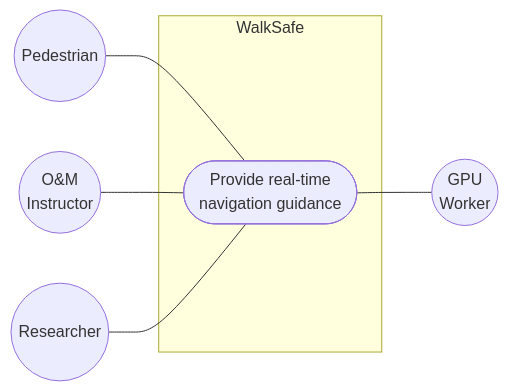
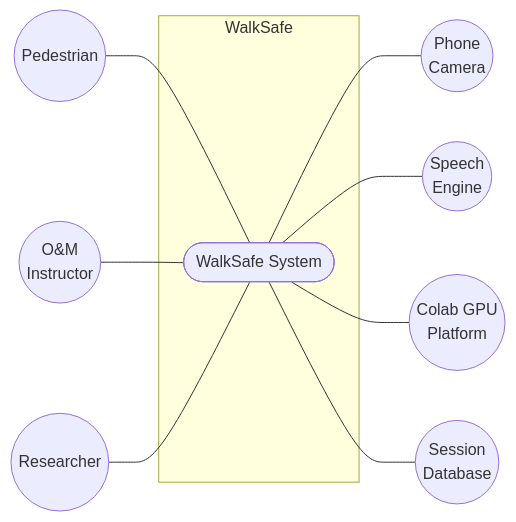
Before and after one commit to shahalam22/WalkSafe: the first of 14 diagrams in docs/SRS.md, drawn with Mermaid. The commit also changed other lines of this file and 1 other file, not shown here.

````diff
--- a/docs/SRS.md
+++ b/docs/SRS.md
@@ -381,16 +289,23 @@
 ```mermaid
 graph LR
-    P(("Pedestrian"))
+    U(("Pedestrian"))
     I(("O&M<br/>Instructor"))
     R(("Researcher"))
-    G(("GPU<br/>Worker"))
 
-    subgraph WS["WalkSafe"]
-        UC(["Provide real-time<br/>navigation guidance"])
+    subgraph WS[" WalkSafe "]
+        UC(["WalkSafe System"])
     end
 
-    P --- UC
+    CAM(("Phone<br/>Camera"))
+    TTS(("Speech<br/>Engine"))
+    GPU(("Colab GPU<br/>Platform"))
+    DB(("Session<br/>Database"))
+
+    U --- UC
     I --- UC
     R --- UC
-    UC --- G
+    UC --- CAM
+    UC --- TTS
+    UC --- GPU
+    UC --- DB
 ```
````
